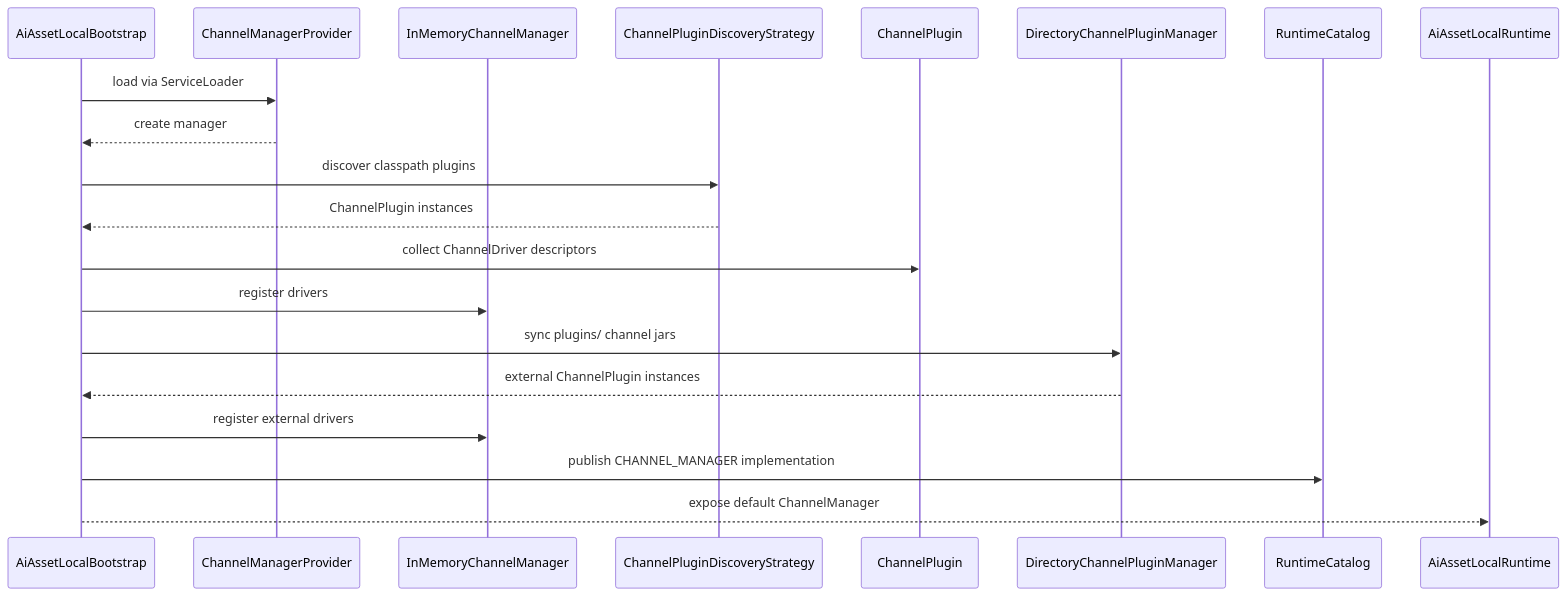
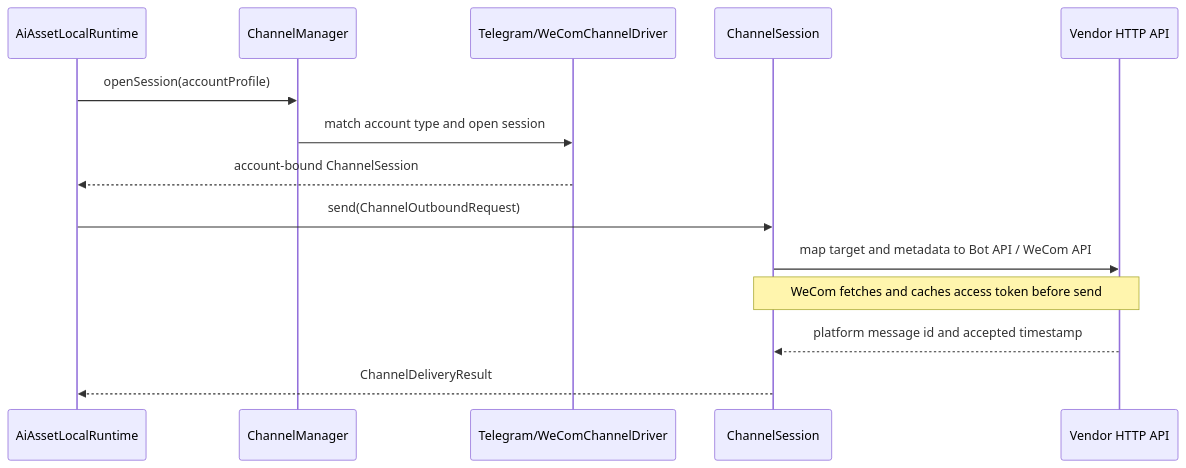
The first of 2 diagrams in docs/tasks/channel-runtime-module.md (xinlangtao/IntentForge), drawn with Mermaid before and after one commit. The commit also changed other lines of this file, not shown here.

Commit message:
docs: close channel connector task

````diff
--- a/docs/tasks/channel-runtime-module.md
+++ b/docs/tasks/channel-runtime-module.md
@@ -54,22 +55,16 @@
 ```mermaid
 sequenceDiagram
-    participant Bootstrap as AiAssetLocalBootstrap
-    participant Provider as ChannelManagerProvider
-    participant Manager as InMemoryChannelManager
-    participant Discovery as ChannelPluginDiscoveryStrategy
-    participant Plugin as ChannelPlugin
-    participant Directory as DirectoryChannelPluginManager
-    participant Catalog as RuntimeCatalog
     participant Runtime as AiAssetLocalRuntime
-    Bootstrap->>Provider: load via ServiceLoader
-    Provider-->>Bootstrap: create manager
-    Bootstrap->>Discovery: discover classpath plugins
-    Discovery-->>Bootstrap: ChannelPlugin instances
-    Bootstrap->>Plugin: collect ChannelDriver descriptors
-    Bootstrap->>Manager: register drivers
-    Bootstrap->>Directory: sync plugins/ channel jars
-    Directory-->>Bootstrap: external ChannelPlugin instances
-    Bootstrap->>Manager: register external drivers
-    Bootstrap->>Catalog: publish CHANNEL_MANAGER implementation
-    Bootstrap-->>Runtime: expose default ChannelManager
+    participant Manager as ChannelManager
+    participant Driver as Telegram/WeComChannelDriver
+    participant Session as ChannelSession
+    participant Vendor as Vendor HTTP API
+    Runtime->>Manager: openSession(accountProfile)
+    Manager->>Driver: match account type and open session
+    Driver-->>Runtime: account-bound ChannelSession
+    Runtime->>Session: send(ChannelOutboundRequest)
+    Session->>Vendor: map target and metadata to Bot API / WeCom API
+    Note over Session,Vendor: WeCom fetches and caches access token before send
+    Vendor-->>Session: platform message id and accepted timestamp
+    Session-->>Runtime: ChannelDeliveryResult
 ```
````
